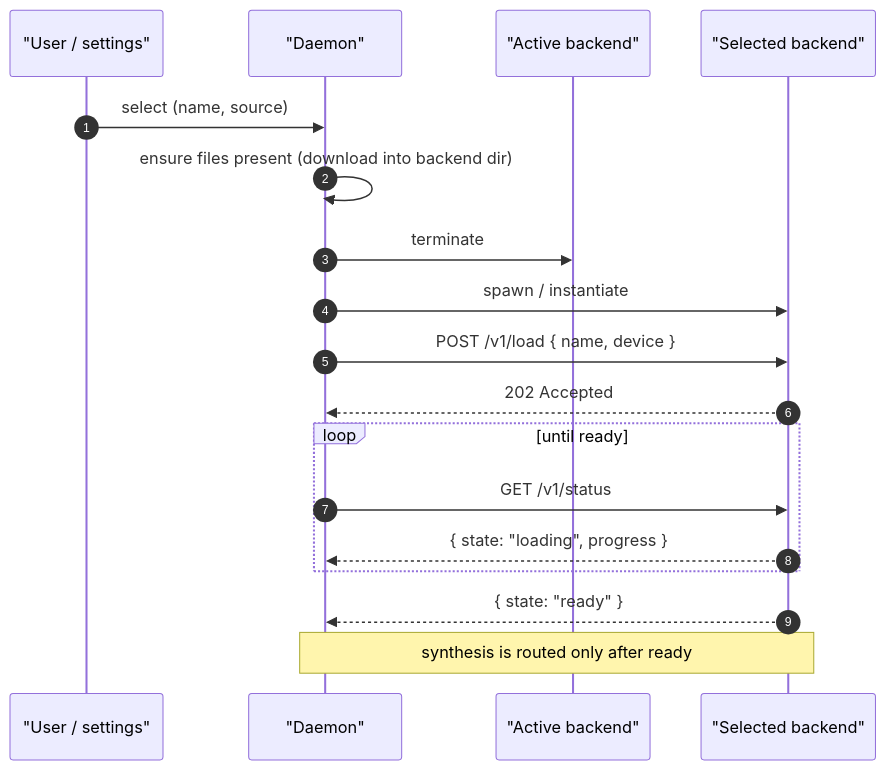
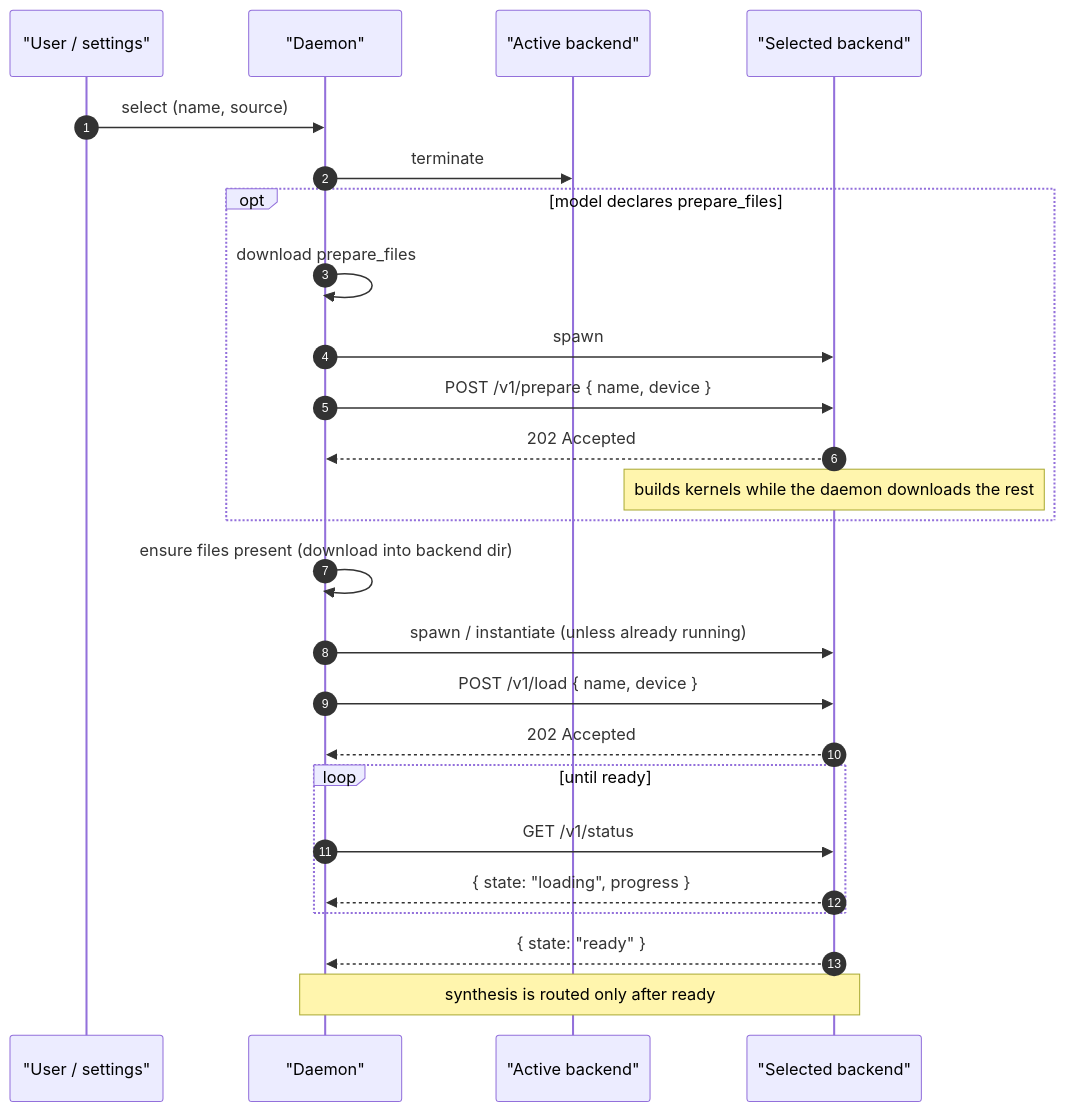
Before and after one commit to super-libre/super-tts: the second of 2 diagrams in docs/protocol/backend/contract.md, drawn with Mermaid. The commit also changed other lines of this file and 7 other files, not shown here.

Commit message:
feat(daemon): build a backend's kernels while its weights download (#68)

````diff
--- a/docs/protocol/backend/contract.md
+++ b/docs/protocol/backend/contract.md
@@ -526,21 +597,28 @@
 ```mermaid
 sequenceDiagram
     autonumber
     participant U as "User / settings"
     participant D as "Daemon"
     participant A as "Active backend"
     participant B as "Selected backend"
 
     U->>D: select (name, source)
+    D->>A: terminate
+    opt model declares prepare_files
+        D->>D: download prepare_files
+        D->>B: spawn
+        D->>B: POST /v1/prepare { name, device }
+        B-->>D: 202 Accepted
+        Note over B: builds kernels while the daemon downloads the rest
+    end
     D->>D: ensure files present (download into backend dir)
-    D->>A: terminate
-    D->>B: spawn / instantiate
+    D->>B: spawn / instantiate (unless already running)
     D->>B: POST /v1/load { name, device }
     B-->>D: 202 Accepted
     loop until ready
         D->>B: GET /v1/status
         B-->>D: { state: "loading", progress }
     end
     B-->>D: { state: "ready" }
     Note over D,B: synthesis is routed only after ready
 ```
````
